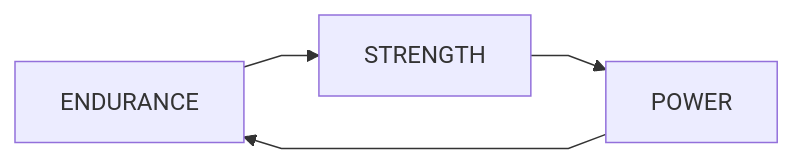
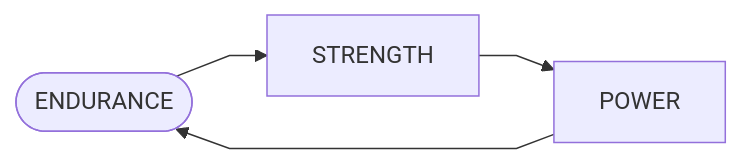
Before and after one commit to andre-cat/md-training: the diagram in dir/workout.md, drawn with Mermaid. The commit also changed other lines of this file and 5 other files, not shown here.

````diff
--- a/dir/workout.md
+++ b/dir/workout.md
@@ -9,25 +7,25 @@
 ```mermaid
 %%{
     init: {
         "fontFamily": "lucida console",
         "logLevel": "fatal",
         "flowchart": {
             "htmlLabels": true,
             "curve": "linear"
         },
         "sequence": {
             "mirrorActors": false
         }
     }
 }%%
 
 flowchart LR
-    A[ENDURANCE]
+    A([ENDURANCE])
     B[STRENGTH]
     C[POWER]
 
     A --> B
     B --> C
     C --> A
 
 ```
````
